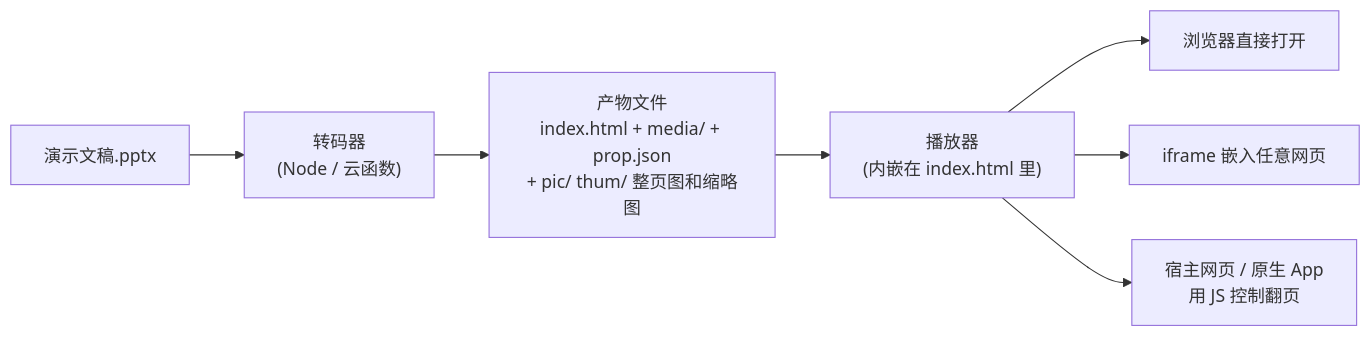
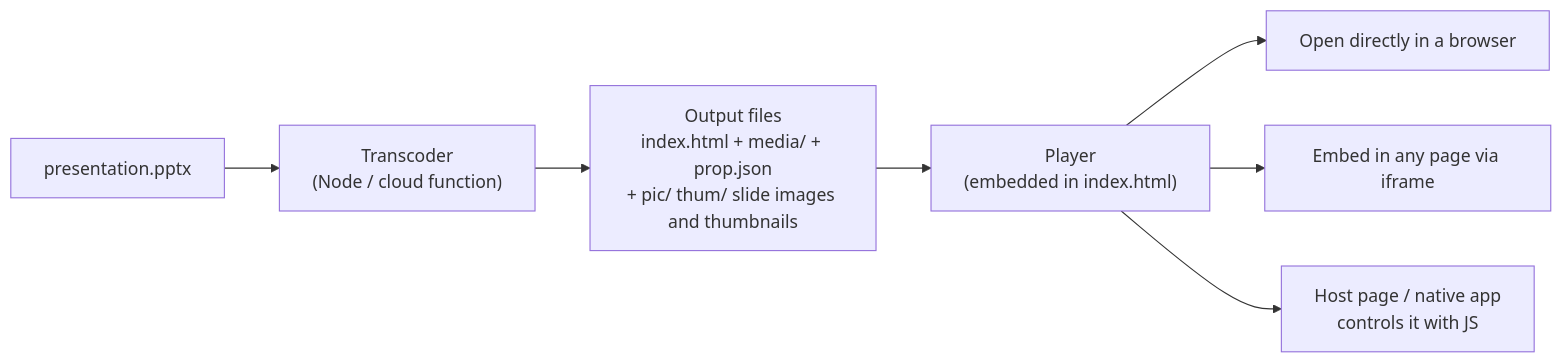
The first of 2 diagrams in README.md (spitmaster/unppt), drawn with Mermaid before and after one commit. The commit also changed other lines of this file and 4 other files, not shown here.

Commit message:
docs: README 默认改为英文，中文版保留为 README.zh.md；文档地图默认指向 docs/en

````diff
--- a/README.md
+++ b/README.md
@@ -32,9 +32,9 @@
 ```mermaid
 flowchart LR
-    A["演示文稿.pptx"] --> B["转码器<br/>(Node / 云函数)"]
-    B --> C["产物文件<br/>index.html + media/ + prop.json<br/>+ pic/ thum/ 整页图和缩略图"]
-    C --> D["播放器<br/>(内嵌在 index.html 里)"]
-    D --> E["浏览器直接打开"]
-    D --> F["iframe 嵌入任意网页"]
-    D --> G["宿主网页 / 原生 App<br/>用 JS 控制翻页"]
+    A["presentation.pptx"] --> B["Transcoder<br/>(Node / cloud function)"]
+    B --> C["Output files<br/>index.html + media/ + prop.json<br/>+ pic/ thum/ slide images and thumbnails"]
+    C --> D["Player<br/>(embedded in index.html)"]
+    D --> E["Open directly in a browser"]
+    D --> F["Embed in any page via iframe"]
+    D --> G["Host page / native app<br/>controls it with JS"]
 ```
````
